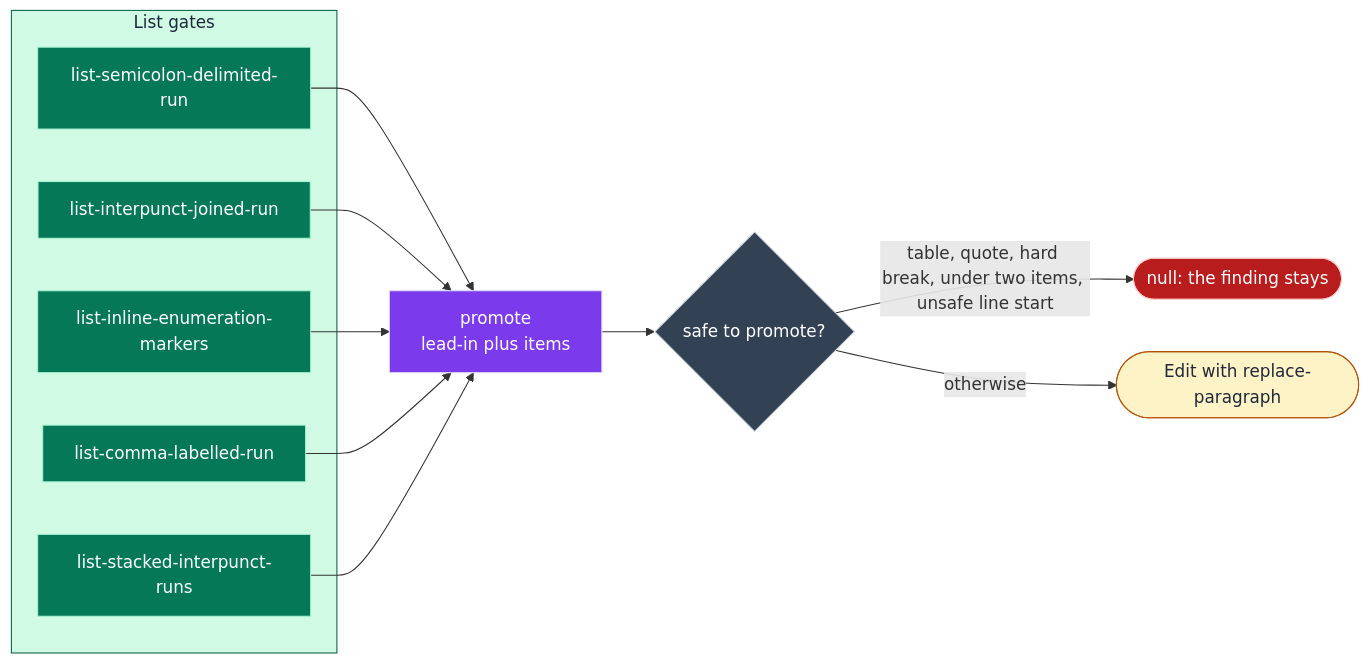
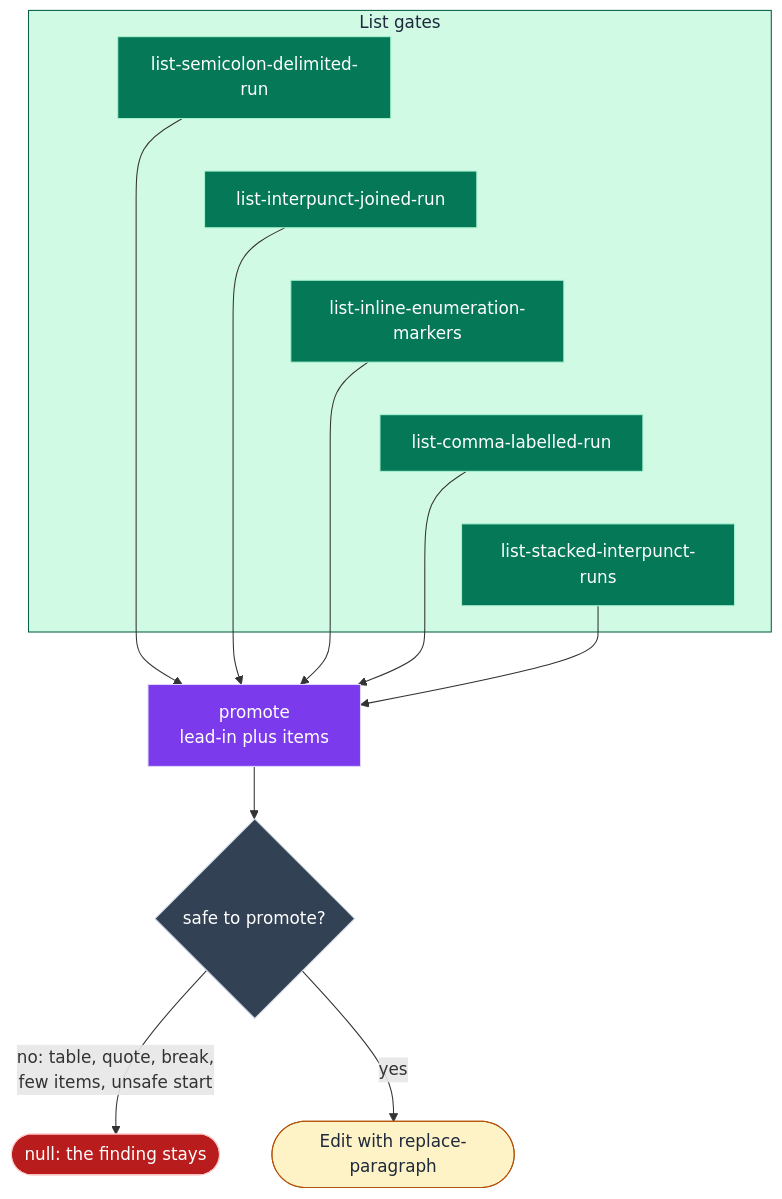
Diagram 17 of 19 in docs/DATA_MODEL.md (jpeakai/jpai-prose-gates), drawn with Mermaid before and after one commit. The commit also changed other lines of this file, not shown here.

First line of the commit message:
docs: recalibrate the DATA_MODEL diagrams for portable rendering, dual density

````diff
--- a/docs/DATA_MODEL.md
+++ b/docs/DATA_MODEL.md
@@ -412,31 +562,32 @@
 ```mermaid
-flowchart LR
+flowchart TB
     subgraph gates["List gates"]
         G3["list-semicolon-delimited-run"]:::gate
         G6["list-interpunct-joined-run"]:::gate
         G7["list-inline-enumeration-markers"]:::gate
         G8["list-comma-labelled-run"]:::gate
         G9["list-stacked-interpunct-runs"]:::gate
     end
+    G3 ~~~ G6 ~~~ G7 ~~~ G8 ~~~ G9
     PROM["promote<br/>lead-in plus items"]:::build
     GUARD{"safe to promote?"}:::decide
     NULL(["null: the finding stays"]):::bad
     EDIT(["Edit with replace-paragraph"]):::ok
 
     G3 --> PROM
     G6 --> PROM
     G7 --> PROM
     G8 --> PROM
     G9 --> PROM
     PROM --> GUARD
-    GUARD -- "table, quote, hard break, under two items, unsafe line start" --> NULL
-    GUARD -- "otherwise" --> EDIT
+    GUARD -- "no: table, quote, break,<br/>few items, unsafe start" --> NULL
+    GUARD -- "yes" --> EDIT
 
     classDef gate   fill:#047857,stroke:#a7f3d0,color:#ffffff
     classDef build  fill:#7c3aed,stroke:#ddd6fe,color:#ffffff
     classDef decide fill:#334155,stroke:#cbd5e1,color:#ffffff
     classDef ok     fill:#fef3c7,stroke:#b45309,color:#1e293b
     classDef bad    fill:#b91c1c,stroke:#fecaca,color:#ffffff
 
     style gates fill:#d1fae5,stroke:#065f46,color:#1e293b
 ```
````
